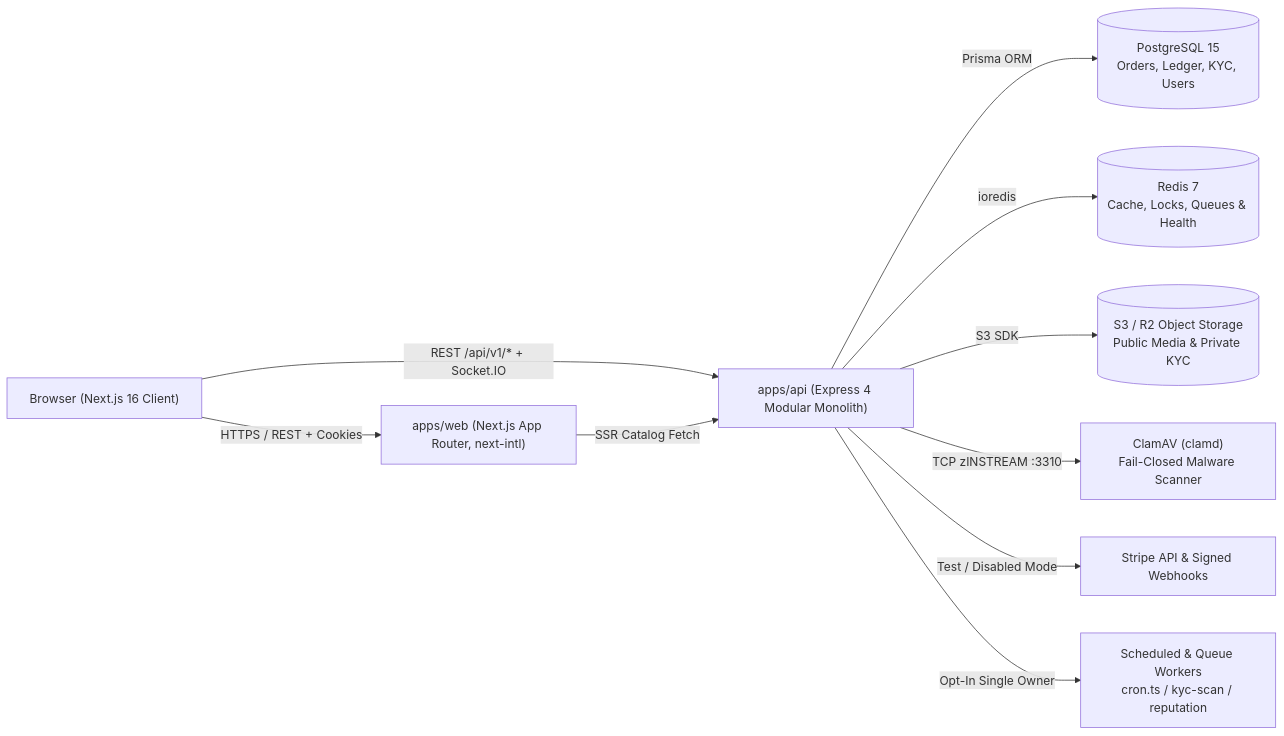
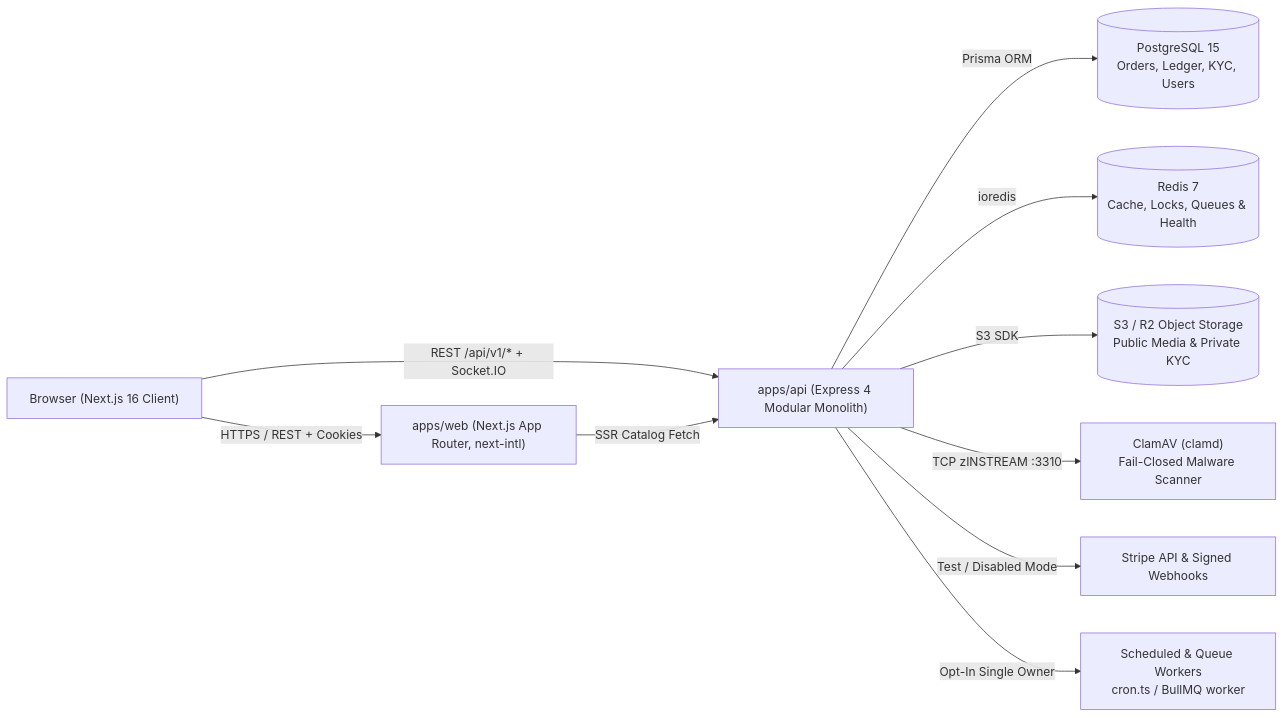
Before and after one commit to ngophong123/TASCORA: the first of 2 diagrams in README.md, drawn with Mermaid. The commit also changed other lines of this file and 16 other files, not shown here.

````diff
--- a/README.md
+++ b/README.md
@@ -61,13 +60,13 @@
 ```mermaid
 flowchart LR
     Browser["Browser (Next.js 16 Client)"] -->|HTTPS / REST + Cookies| Web["apps/web (Next.js App Router, next-intl)"]
     Browser -->|REST /api/v1/* + Socket.IO| API["apps/api (Express 4 Modular Monolith)"]
     Web -->|SSR Catalog Fetch| API
 
     API -->|Prisma ORM| PG[("PostgreSQL 15\nOrders, Ledger, KYC, Users")]
     API -->|ioredis| Redis[("Redis 7\nCache, Locks, Queues & Health")]
     API -->|S3 SDK| S3[("S3 / R2 Object Storage\nPublic Media & Private KYC")]
     API -->|TCP zINSTREAM :3310| ClamAV["ClamAV (clamd)\nFail-Closed Malware Scanner"]
     API -->|Test / Disabled Mode| Stripe["Stripe API & Signed Webhooks"]
-    API -->|Opt-In Single Owner| Workers["Scheduled & Queue Workers\ncron.ts / kyc-scan / reputation"]
+    API -->|Opt-In Single Owner| Workers["Scheduled & Queue Workers\ncron.ts / BullMQ worker"]
 ```
````
